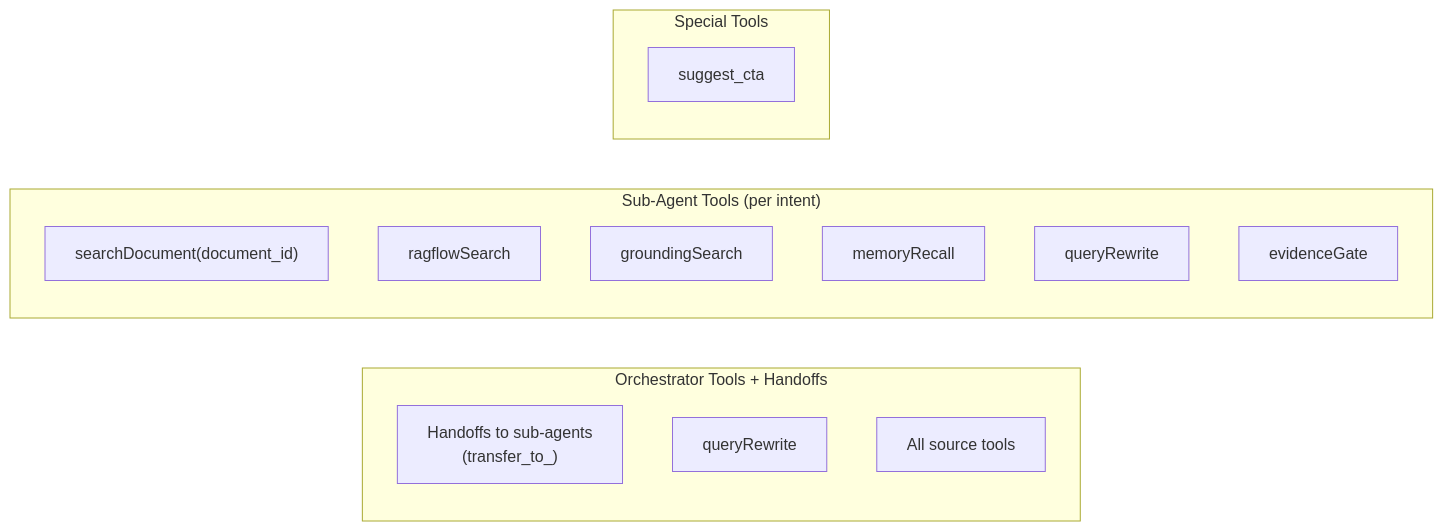
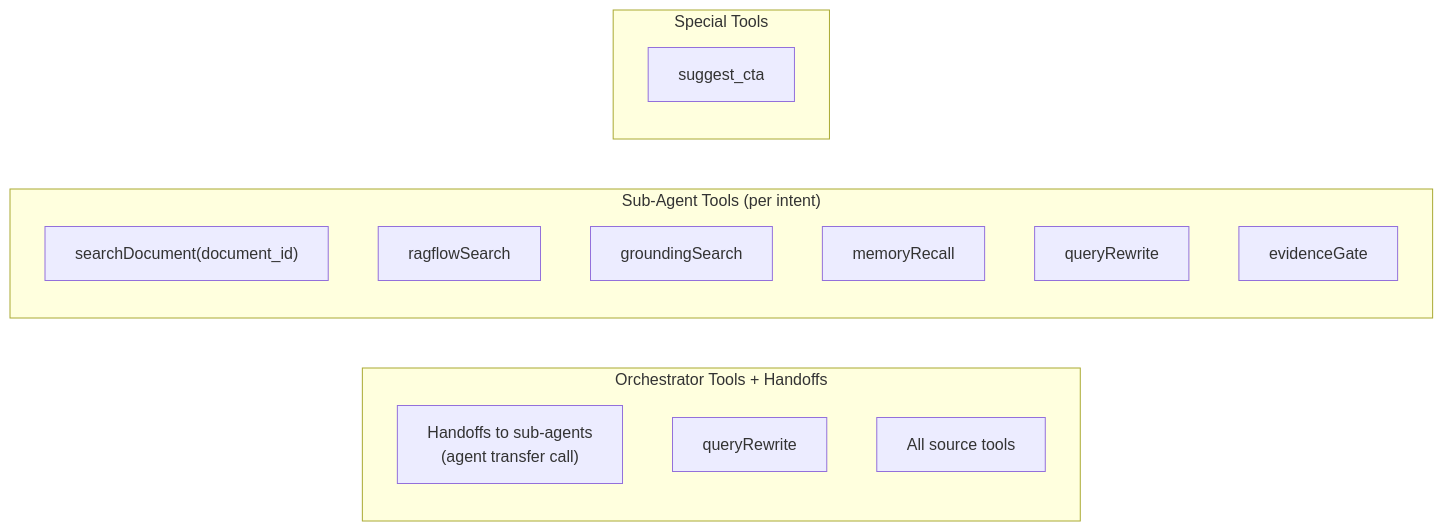
Before and after one commit to 1qh/safeagent: diagram 11 of 17 in plan/06-agents.md, drawn with Mermaid. The commit also changed other lines of this file and 18 other files, not shown here.

````diff
--- a/plan/06-agents.md
+++ b/plan/06-agents.md
@@ -443,21 +443,21 @@
 ```mermaid
 graph LR
     subgraph ORCHESTRATOR_TOOLS["Orchestrator Tools + Handoffs"]
-        TOOL_HANDOFFS["Handoffs to sub-agents\n(transfer_to_<agent>)"]
+        TOOL_HANDOFFS["Handoffs to sub-agents\n(agent transfer call)"]
         TOOL_QUERY_REWRITE_ORCH["queryRewrite"]
         TOOL_SOURCE_SET_ORCH["All source tools"]
     end
 
     subgraph SUB_AGENT_TOOLS["Sub-Agent Tools (per intent)"]
         TOOL_SEARCH_DOCUMENT["searchDocument(document_id)"]
         TOOL_RAGFLOW["ragflowSearch"]
         TOOL_GROUNDING["groundingSearch"]
         TOOL_MEMORY_RECALL["memoryRecall"]
         TOOL_QUERY_REWRITE_SUB["queryRewrite"]
         TOOL_EVIDENCE_GATE["evidenceGate"]
     end
 
     subgraph SPECIAL_TOOLS["Special Tools"]
         TOOL_SUGGEST_CTA["suggest_cta"]
     end
 ```
````
